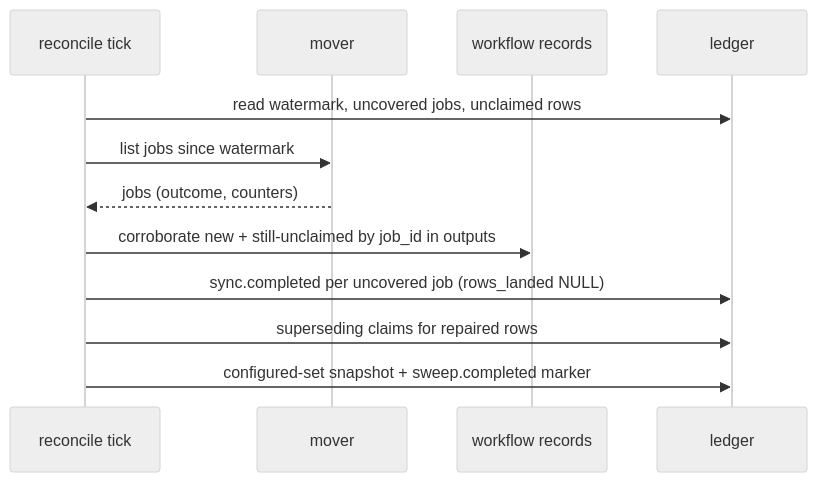
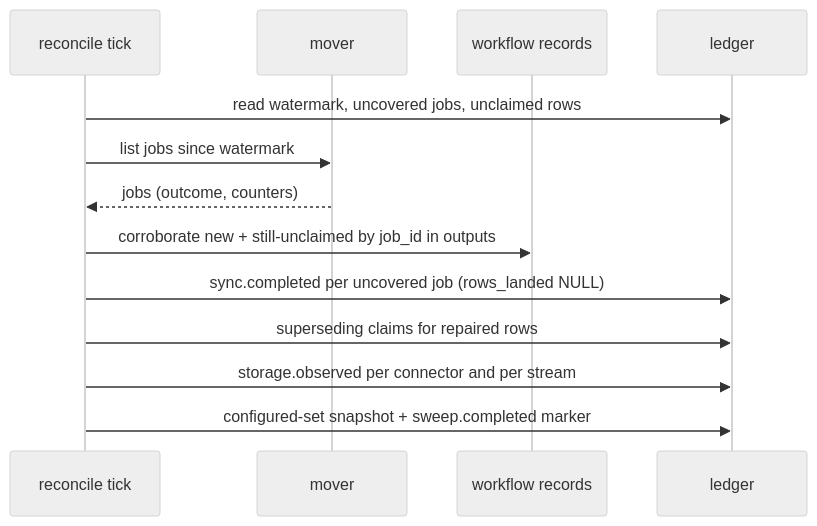
The fourth of 5 diagrams in docs/components/backend/analytics/specs/connector-health/DESIGN.md (constructorfabric/insight), drawn with Mermaid (neutral theme) before and after one commit. The commit also changed other lines of this file and 1 other file, not shown here.

First line of the commit message:
record storage facts in the ledger: the reader gets no bronze grant

````diff
--- a/docs/components/backend/analytics/specs/connector-health/DESIGN.md
+++ b/docs/components/backend/analytics/specs/connector-health/DESIGN.md
@@ -509,14 +521,15 @@
 ```mermaid
 sequenceDiagram
     participant RC as reconcile tick
     participant MV as mover
     participant WF as workflow records
     participant LG as ledger
     RC->>LG: read watermark, uncovered jobs, unclaimed rows
     RC->>MV: list jobs since watermark
     MV-->>RC: jobs (outcome, counters)
     RC->>WF: corroborate new + still-unclaimed by job_id in outputs
     RC->>LG: sync.completed per uncovered job (rows_landed NULL)
     RC->>LG: superseding claims for repaired rows
+    RC->>LG: storage.observed per connector and per stream
     RC->>LG: configured-set snapshot + sweep.completed marker
 ```
````
